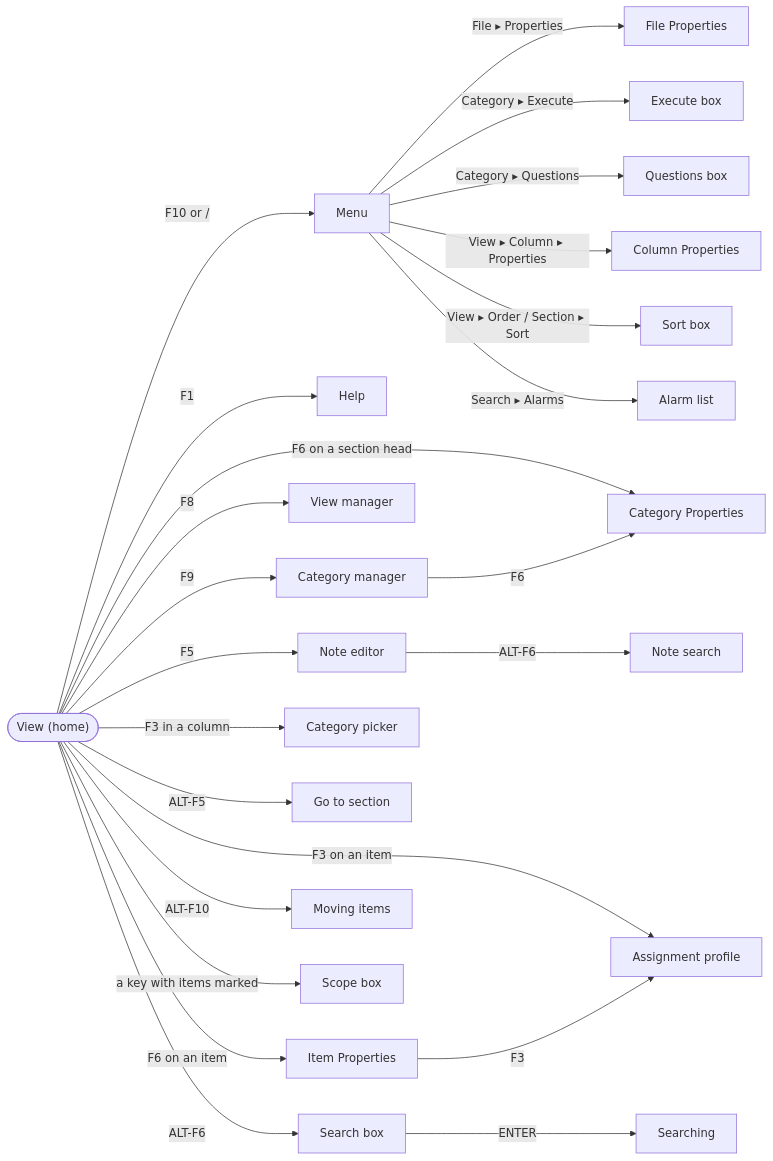
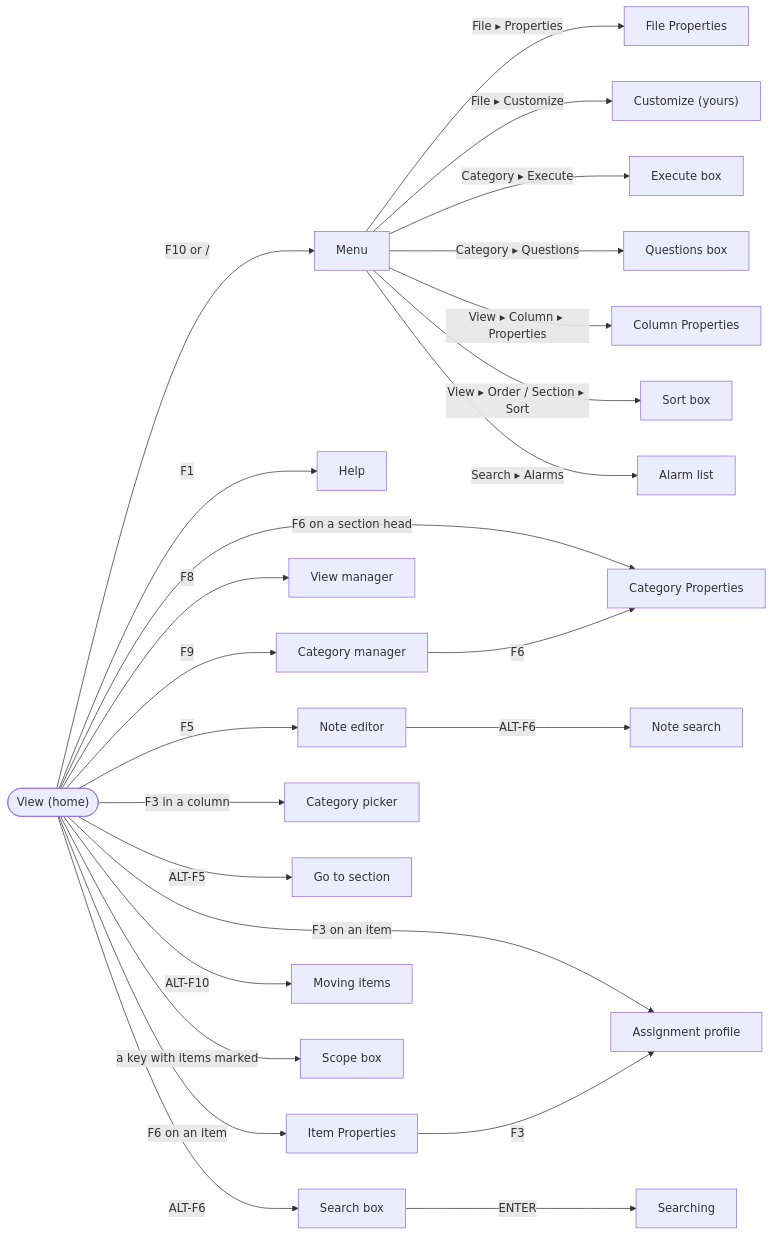
The first of 2 diagrams in docs/SCREENS.md (jamting/agendum), drawn with Mermaid before and after one commit. The commit also changed other lines of this file and 18 other files, not shown here.

````diff
--- a/docs/SCREENS.md
+++ b/docs/SCREENS.md
@@ -28,27 +28,28 @@
 ```mermaid
 flowchart LR
     View(["View (home)"])
     View -- "F10 or /" --> Menu["Menu"]
     View -- F1 --> Help["Help"]
     View -- F9 --> CatMgr["Category manager"]
     View -- F8 --> ViewMgr["View manager"]
     View -- F5 --> Note["Note editor"]
     View -- "F6 on an item" --> ItemProps["Item Properties"]
     View -- "F6 on a section head" --> CatProps["Category Properties"]
     View -- "F3 on an item" --> Profile["Assignment profile"]
     View -- "F3 in a column" --> Picker["Category picker"]
     View -- ALT-F5 --> GoTo["Go to section"]
     View -- ALT-F6 --> SearchBox["Search box"]
     View -- "ALT-F10" --> MoveItem["Moving items"]
     View -- "a key with items marked" --> Scope["Scope box"]
     Menu -- "File ▸ Properties" --> FileProps["File Properties"]
+    Menu -- "File ▸ Customize" --> Customize["Customize (yours)"]
     Menu -- "Category ▸ Execute" --> Execute["Execute box"]
     Menu -- "Category ▸ Questions" --> Questions["Questions box"]
     Menu -- "View ▸ Column ▸ Properties" --> ColProps["Column Properties"]
     Menu -- "View ▸ Order / Section ▸ Sort" --> Sort["Sort box"]
     Menu -- "Search ▸ Alarms" --> Alarms["Alarm list"]
     CatMgr -- F6 --> CatProps
     ItemProps -- F3 --> Profile
     Note -- ALT-F6 --> NoteSearch["Note search"]
     SearchBox -- ENTER --> Searching["Searching"]
 ```
````
